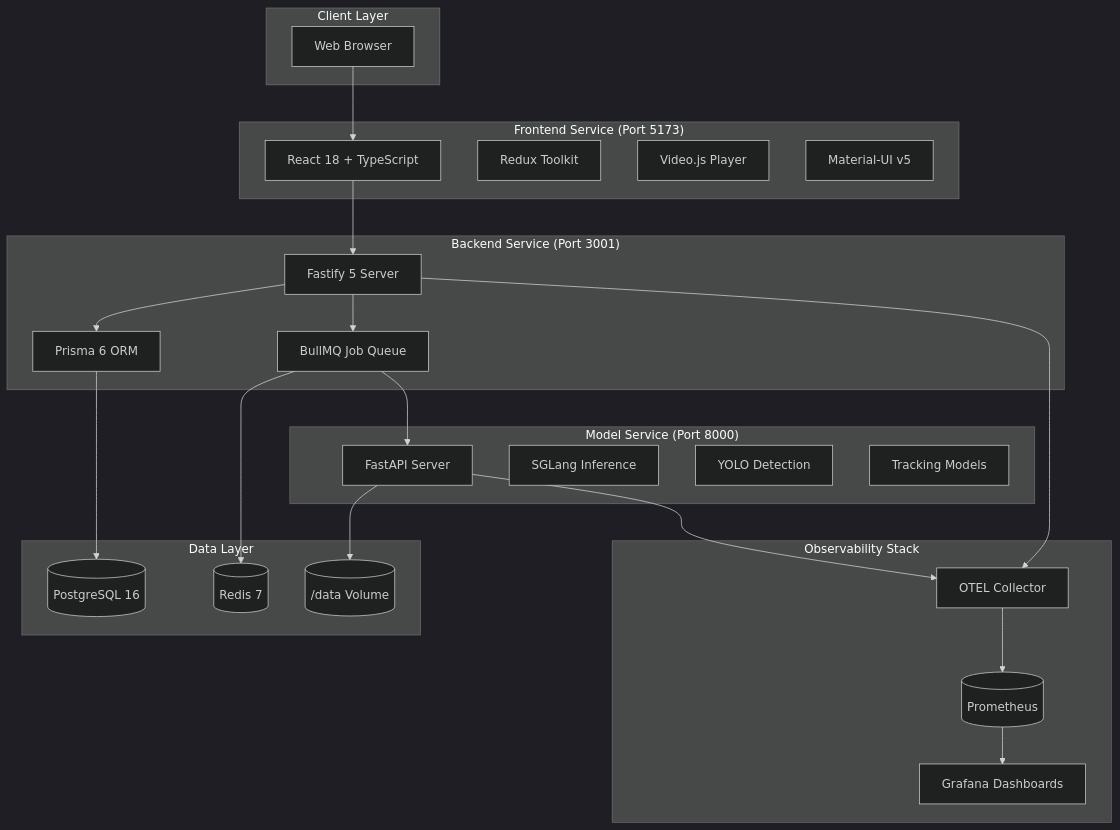
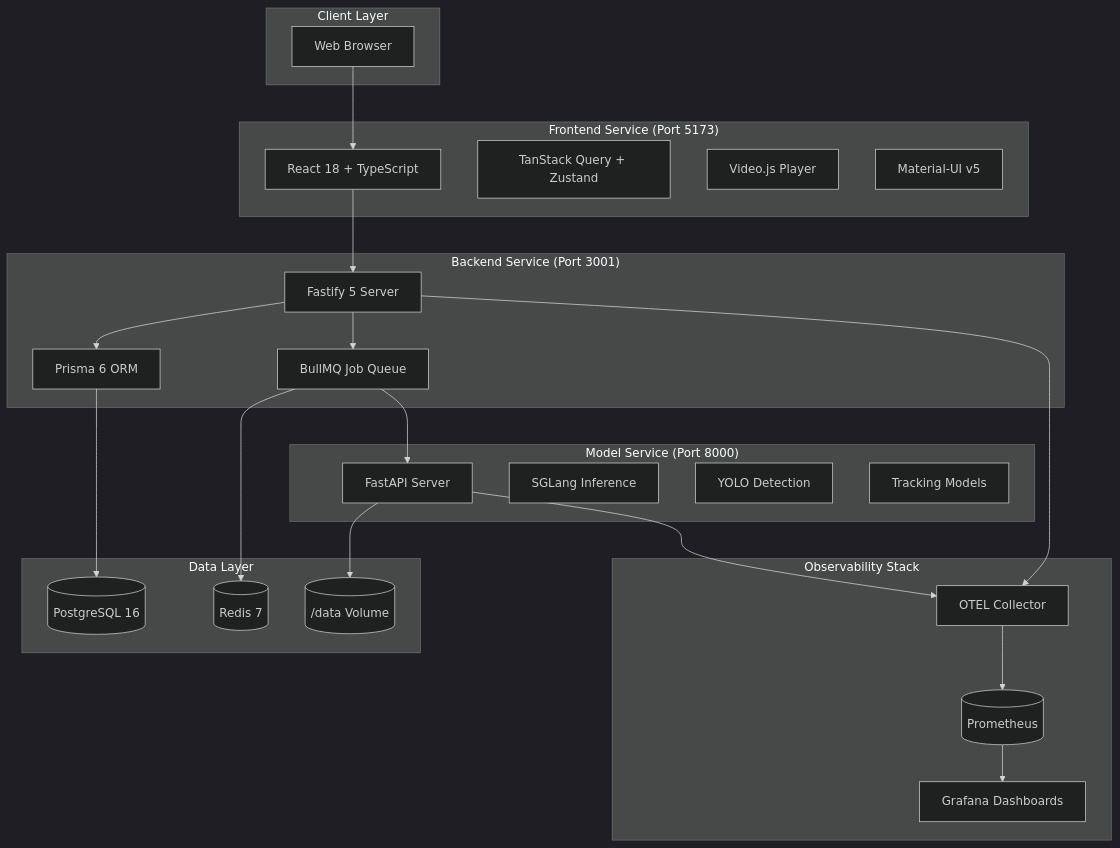
One commit to parafovea/fovea changed the diagram in docs/docs/concepts/architecture.md. Above: the diagram before and after it, drawn with Mermaid (dark theme). The commit also changed other lines of this file and 44 other files, not shown here.

Commit message:
Completes state management migration from Redux to TanStack Query and Zustand

````diff
--- a/docs/docs/concepts/architecture.md
+++ b/docs/docs/concepts/architecture.md
@@ -13,51 +13,51 @@
 ```mermaid
 graph TB
     subgraph "Client Layer"
         Browser[Web Browser]
     end
 
     subgraph "Frontend Service (Port 5173)"
         React[React 18 + TypeScript]
-        Redux[Redux Toolkit]
+        TanStack[TanStack Query + Zustand]
         VideoJS[Video.js Player]
         MUI[Material-UI v5]
     end
 
     subgraph "Backend Service (Port 3001)"
         Fastify[Fastify 5 Server]
         Prisma[Prisma 6 ORM]
         BullMQ[BullMQ Job Queue]
     end
 
     subgraph "Model Service (Port 8000)"
         FastAPI[FastAPI Server]
         SGLang[SGLang Inference]
         YOLO[YOLO Detection]
         Tracking[Tracking Models]
     end
 
     subgraph "Data Layer"
         Postgres[(PostgreSQL 16)]
         Redis[(Redis 7)]
         Videos[(/data Volume)]
     end
 
     subgraph "Observability Stack"
         OTEL[OTEL Collector]
         Prometheus[(Prometheus)]
         Grafana[Grafana Dashboards]
     end
 
     Browser --> React
     React --> Fastify
     Fastify --> Prisma
     Fastify --> BullMQ
     Prisma --> Postgres
     BullMQ --> Redis
     BullMQ --> FastAPI
     FastAPI --> Videos
     Fastify --> OTEL
     FastAPI --> OTEL
     OTEL --> Prometheus
     Prometheus --> Grafana
 ```
````
